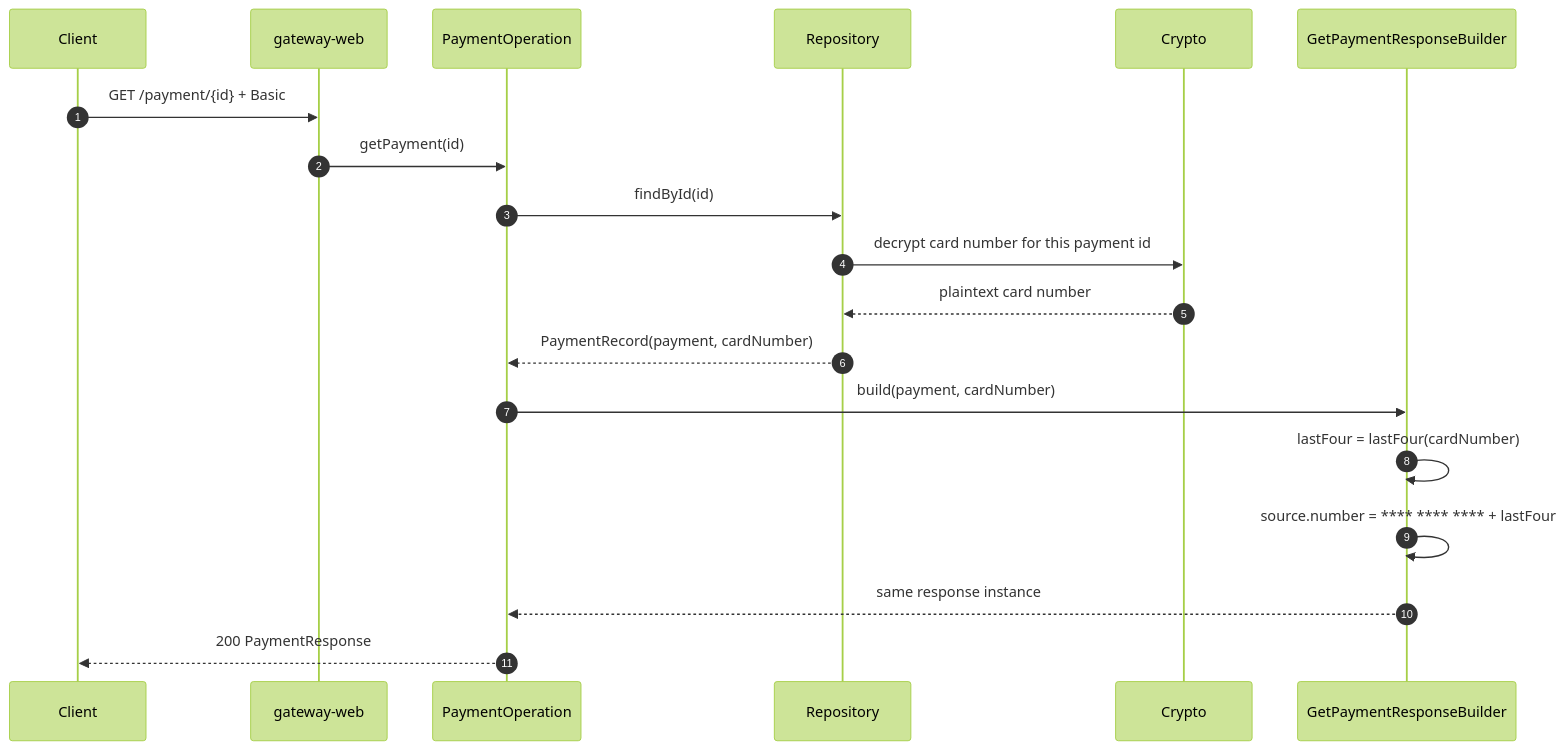
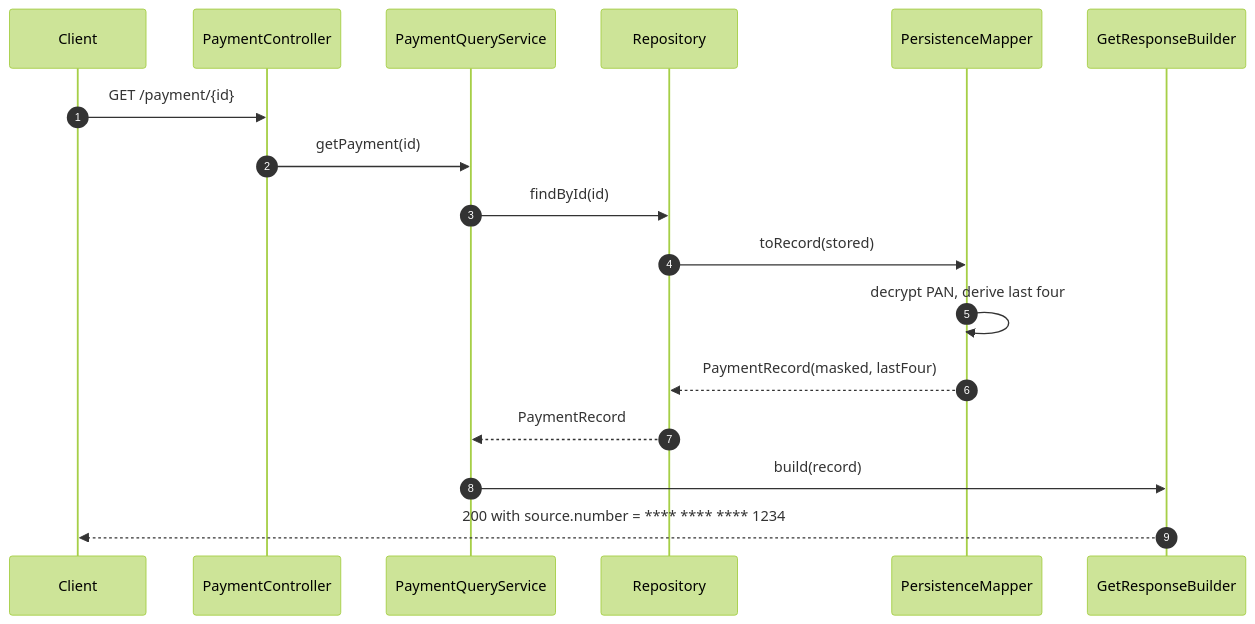
Before and after one commit to huyoyo/payment-gateway-challenge-java: the third of 6 diagrams in README.md, drawn with Mermaid (forest theme). The commit also changed other lines of this file and 73 other files, not shown here.

````diff
--- a/README.md
+++ b/README.md
@@ -203,22 +260,20 @@
 ```mermaid
 sequenceDiagram
     autonumber
     participant C as Client
-    participant W as gateway-web
-    participant O as PaymentOperation
-    participant R as Repository
-    participant X as Crypto
-    participant G as GetPaymentResponseBuilder
+    participant Ctl as PaymentController
+    participant Query as PaymentQueryService
+    participant Repo as Repository
+    participant Map as PersistenceMapper
+    participant Builder as GetResponseBuilder
 
-    C->>W: GET /payment/{id} + Basic
-    W->>O: getPayment(id)
-    O->>R: findById(id)
-    R->>X: decrypt card number for this payment id
-    X-->>R: plaintext card number
-    R-->>O: PaymentRecord(payment, cardNumber)
-    O->>G: build(payment, cardNumber)
-    G->>G: lastFour = lastFour(cardNumber)
-    G->>G: source.number = **** **** **** + lastFour
-    G-->>O: same response instance
-    O-->>C: 200 PaymentResponse
+    C->>Ctl: GET /payment/{id}
+    Ctl->>Query: getPayment(id)
+    Query->>Repo: findById(id)
+    Repo->>Map: toRecord(stored)
+    Map->>Map: decrypt PAN, derive last four
+    Map-->>Repo: PaymentRecord(masked, lastFour)
+    Repo-->>Query: PaymentRecord
+    Query->>Builder: build(record)
+    Builder-->>C: 200 with source.number = **** **** **** 1234
 ```
````
